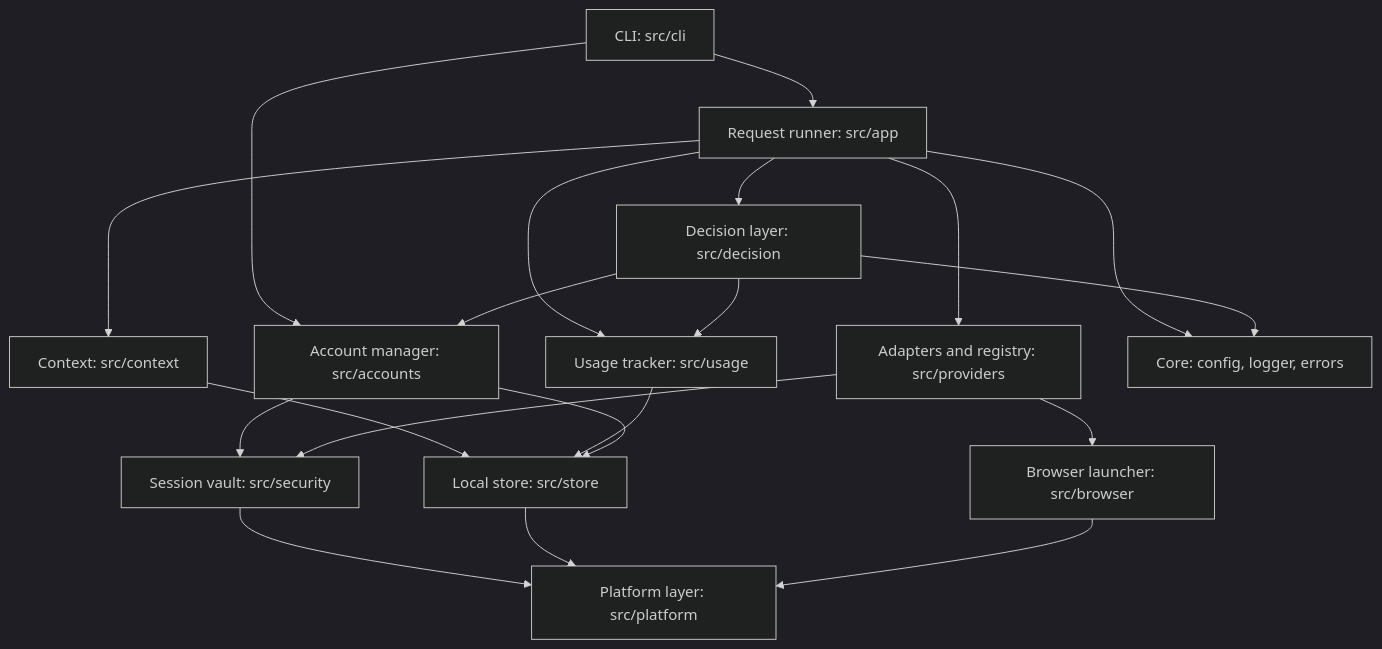
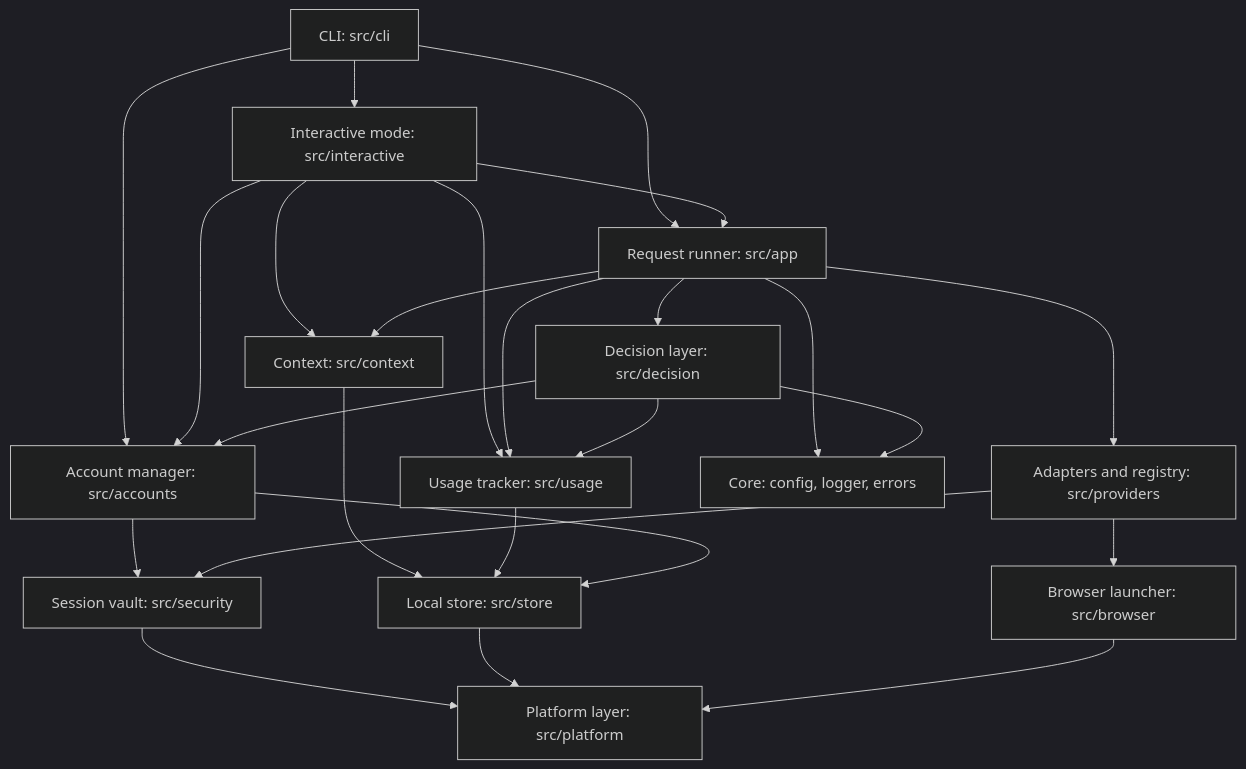
Before and after one commit to JatinSri1909/llm-gauntlet: the second of 10 diagrams in docs/ARCHITECTURE.md, drawn with Mermaid (dark theme). The commit also changed other lines of this file and 2 other files, not shown here.

````diff
--- a/docs/ARCHITECTURE.md
+++ b/docs/ARCHITECTURE.md
@@ -64,35 +66,41 @@
 ```mermaid
 flowchart TB
     cli["CLI: src/cli"]
+    interactive["Interactive mode: src/interactive"]
     app["Request runner: src/app"]
     decision["Decision layer: src/decision"]
     context["Context: src/context"]
     usage["Usage tracker: src/usage"]
     accounts["Account manager: src/accounts"]
     providers["Adapters and registry: src/providers"]
     browser["Browser launcher: src/browser"]
     vault["Session vault: src/security"]
     store["Local store: src/store"]
     platform["Platform layer: src/platform"]
     core["Core: config, logger, errors"]
 
     cli --> app
     cli --> accounts
+    cli --> interactive
+    interactive --> app
+    interactive --> accounts
+    interactive --> usage
+    interactive --> context
     app --> decision
     app --> context
     app --> providers
     app --> usage
     decision --> usage
     decision --> accounts
     context --> store
     usage --> store
     accounts --> store
     accounts --> vault
     providers --> browser
     providers --> vault
     vault --> platform
     store --> platform
     browser --> platform
     app --> core
     decision --> core
 ```
````
